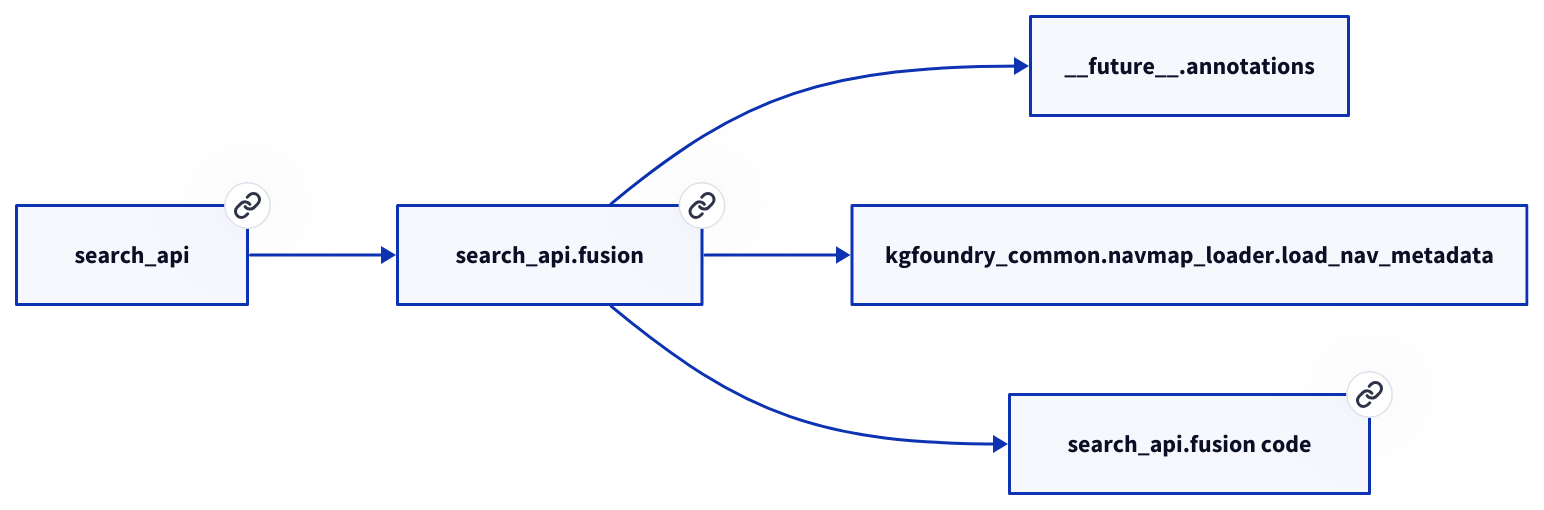
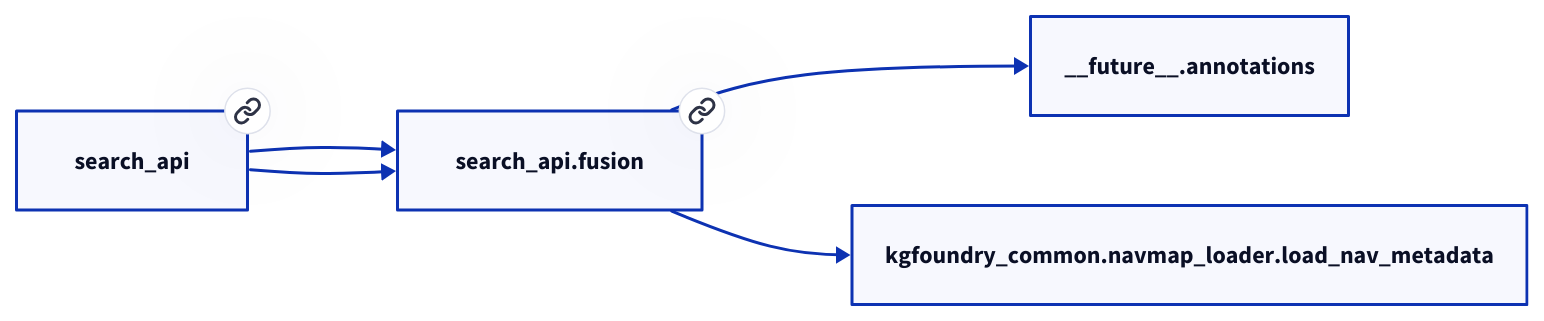
Before and after one commit to paul-heyse/kgforge: the diagram in docs/modules/search_api/fusion.md, drawn with D2. The commit also changed other lines of this file and 208 other files, not shown here.

````diff
--- a/docs/modules/search_api/fusion.md
+++ b/docs/modules/search_api/fusion.md
@@ -29,12 +33,11 @@
 ```d2
 direction: right
-"search_api.fusion": "search_api.fusion" { link: "./search_api/fusion.md" }
+"search_api.fusion": "search_api.fusion" { link: "https://github.com/paul-heyse/kgfoundry/blob/main/src/search_api/fusion.py" }
 "__future__.annotations": "__future__.annotations"
 "search_api.fusion" -> "__future__.annotations"
 "kgfoundry_common.navmap_loader.load_nav_metadata": "kgfoundry_common.navmap_loader.load_nav_metadata"
 "search_api.fusion" -> "kgfoundry_common.navmap_loader.load_nav_metadata"
-"search_api": "search_api" { link: "./search_api.md" }
+"search_api": "search_api" { link: "https://github.com/paul-heyse/kgfoundry/blob/main/src/search_api/__init__.py" }
 "search_api" -> "search_api.fusion"
-"search_api.fusion_code": "search_api.fusion code" { link: "https://github.com/kgfoundry/kgfoundry/blob/main/src/search_api/fusion.py" }
-"search_api.fusion" -> "search_api.fusion_code" { style: dashed }
+"search_api" -> "search_api.fusion" { style: dashed }
 ```
````
